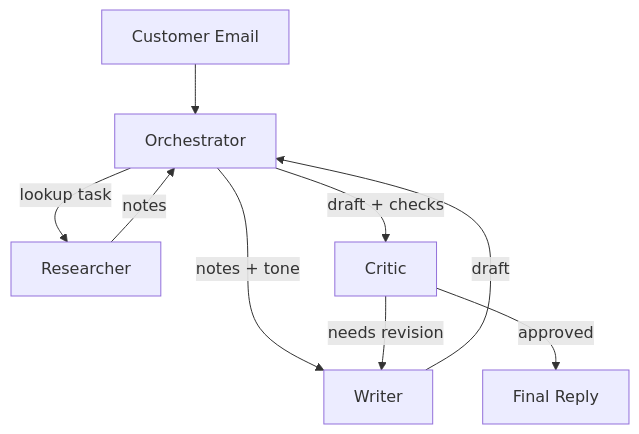
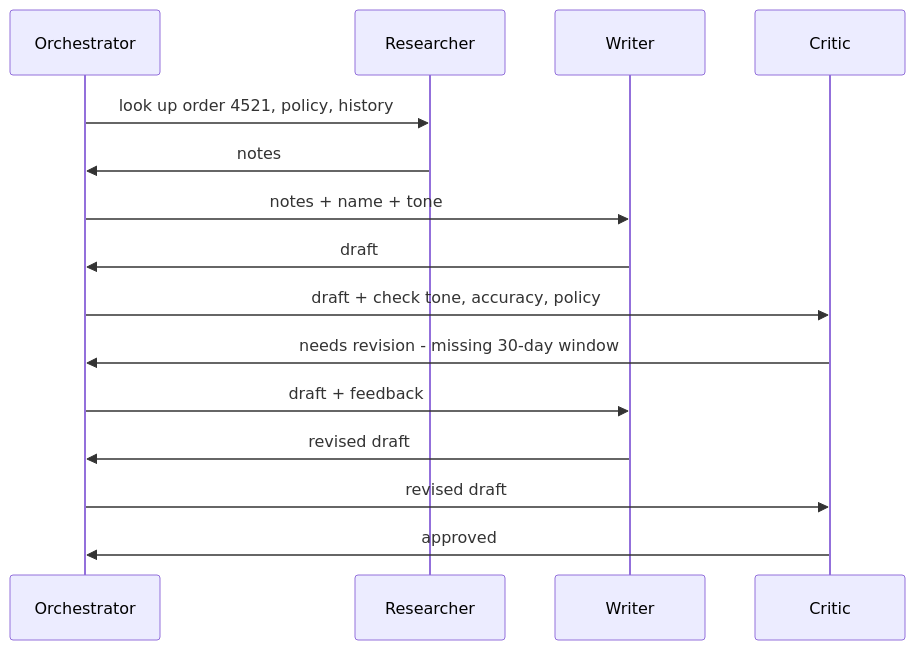
Before and after one commit to kaisarnajar/outcome-school-blogs: the first of 2 diagrams in notes/step-10-ai-agents-and-agentic-systems/130-multi-agent-systems.md, drawn with Mermaid. The commit also changed other lines of this file and 233 other files, not shown here.

````diff
--- a/notes/step-10-ai-agents-and-agentic-systems/130-multi-agent-systems.md
+++ b/notes/step-10-ai-agents-and-agentic-systems/130-multi-agent-systems.md
@@ -50,11 +71,17 @@
 ```mermaid
-flowchart TD
-    U["Customer Email"] --> O["Orchestrator"]
-    O -->|"lookup task"| R["Researcher"]
-    R -->|"notes"| O
-    O -->|"notes + tone"| W["Writer"]
-    W -->|"draft"| O
-    O -->|"draft + checks"| C["Critic"]
-    C -->|"needs revision"| W
-    C -->|"approved"| F["Final Reply"]
+sequenceDiagram
+    participant O as Orchestrator
+    participant R as Researcher
+    participant W as Writer
+    participant C as Critic
+    O->>R: look up order 4521, policy, history
+    R->>O: notes
+    O->>W: notes + name + tone
+    W->>O: draft
+    O->>C: draft + check tone, accuracy, policy
+    C->>O: needs revision - missing 30-day window
+    O->>W: draft + feedback
+    W->>O: revised draft
+    O->>C: revised draft
+    C->>O: approved
 ```
````
